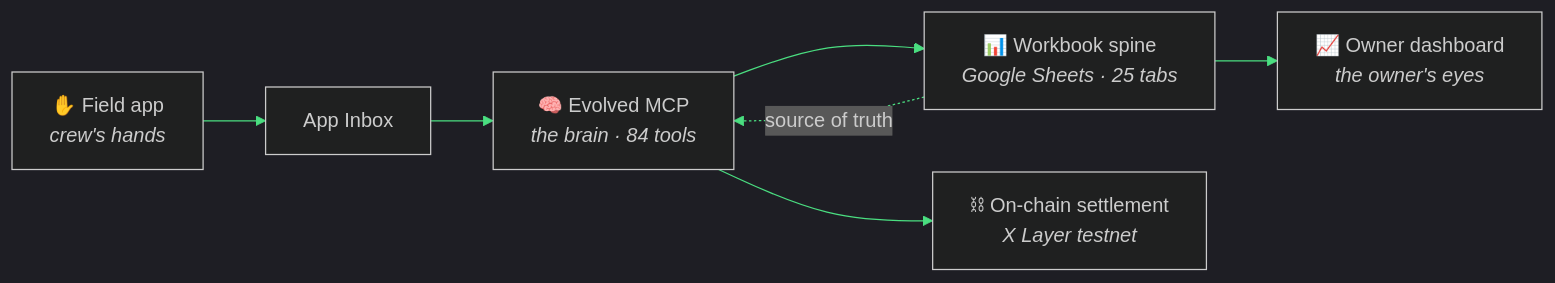
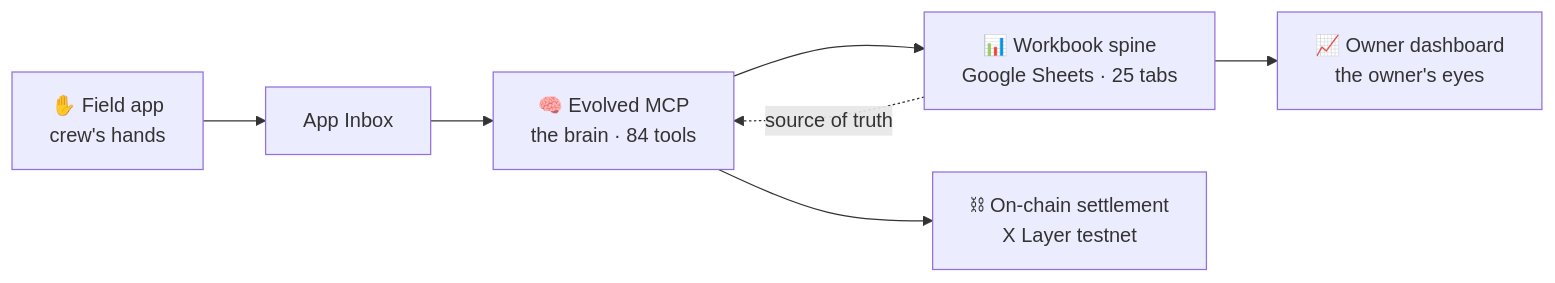
The first of 2 diagrams in README.md (kr8tiv-ai/evolved), drawn with Mermaid before and after one commit. The commit also changed other lines of this file, not shown here.

Commit message:
Fix GitHub 'Unable to render rich display': make mermaid diagrams GitHub-safe (drop init directive + <i> tags)

````diff
--- a/README.md
+++ b/README.md
@@ -106,10 +106,9 @@
 ```mermaid
-%%{init: {"theme": "dark", "themeVariables": {"primaryColor": "#101010", "primaryBorderColor": "#4ade80", "primaryTextColor": "#f3f4f6", "lineColor": "#4ade80", "fontFamily": "Segoe UI"}}}%%
 flowchart LR
-    FA["✋ Field app<br><i>crew's hands</i>"] --> INBOX["App Inbox"]
-    INBOX --> MCP["🧠 Evolved MCP<br><i>the brain · 84 tools</i>"]
-    MCP --> WB["📊 Workbook spine<br><i>Google Sheets · 25 tabs</i>"]
-    MCP --> CHAIN["⛓ On-chain settlement<br><i>X Layer testnet</i>"]
+    FA["✋ Field app<br>crew's hands"] --> INBOX["App Inbox"]
+    INBOX --> MCP["🧠 Evolved MCP<br>the brain · 84 tools"]
+    MCP --> WB["📊 Workbook spine<br>Google Sheets · 25 tabs"]
+    MCP --> CHAIN["⛓ On-chain settlement<br>X Layer testnet"]
     WB -.->|source of truth| MCP
-    WB --> DASH["📈 Owner dashboard<br><i>the owner's eyes</i>"]
+    WB --> DASH["📈 Owner dashboard<br>the owner's eyes"]
 ```
````
